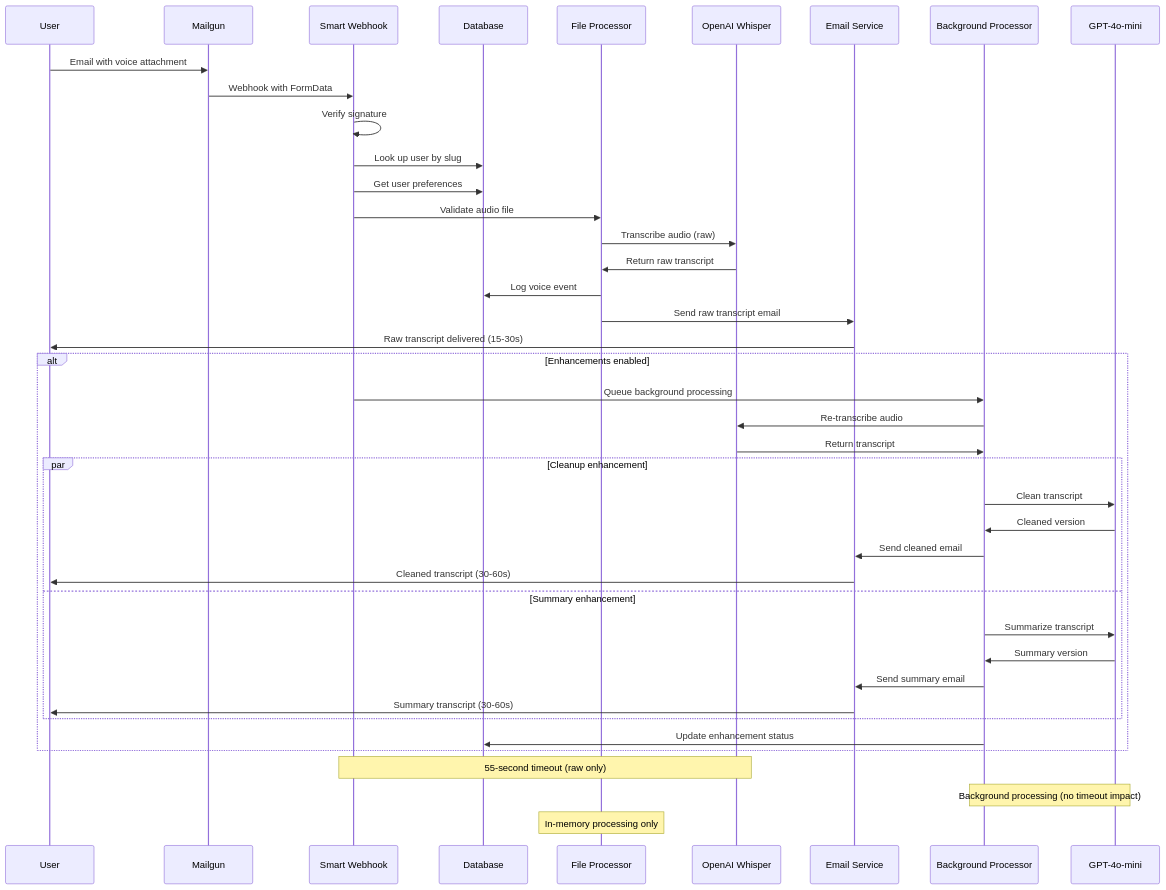
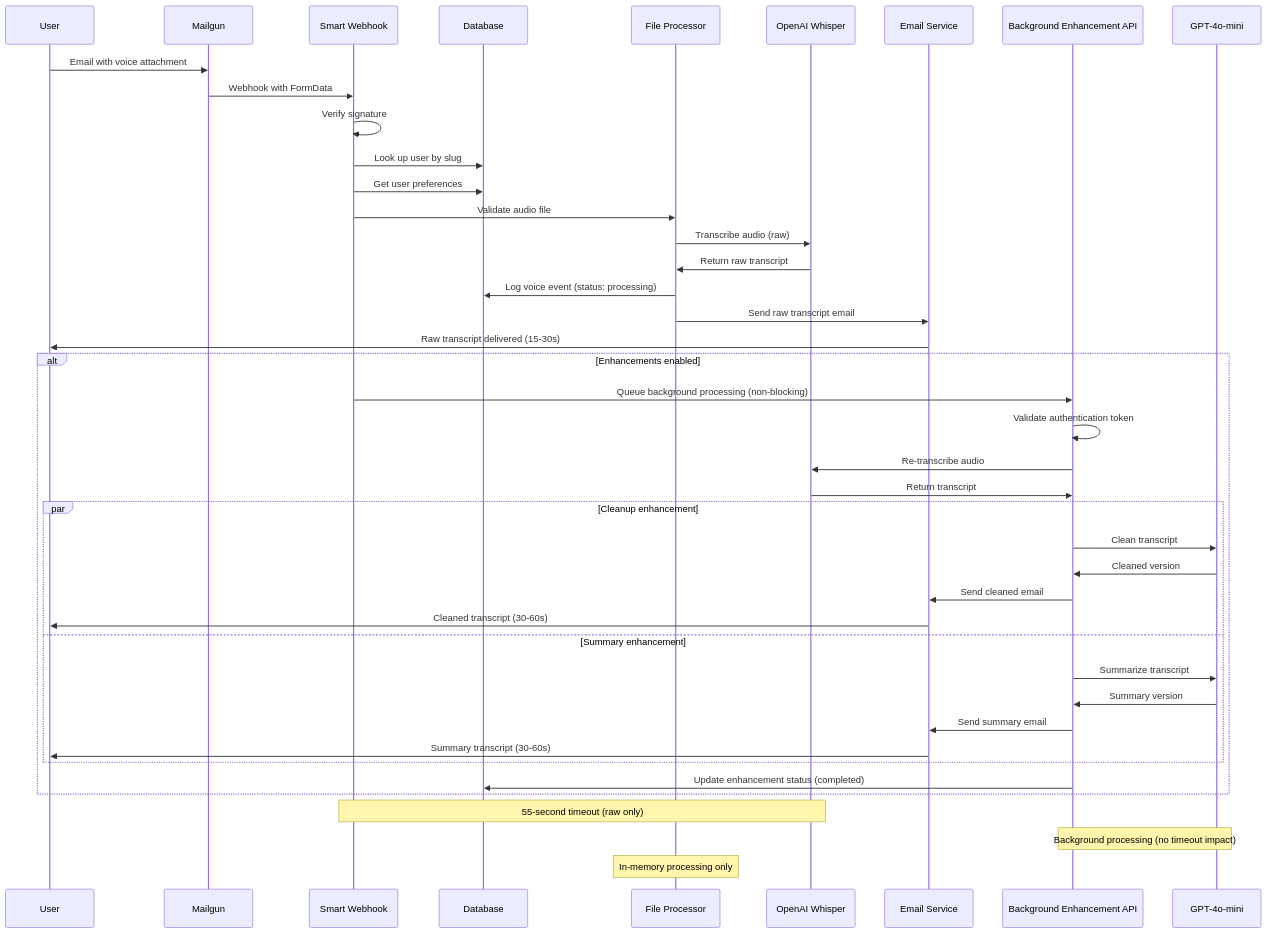
Before and after one commit to jchu96/whatsapp-echo: the third of 3 diagrams in docs/architecture.md, drawn with Mermaid. The commit also changed other lines of this file and 20 other files, not shown here.

First line of the commit message:
Enhance application with Sentry integration and background processing capabilities

````diff
--- a/docs/architecture.md
+++ b/docs/architecture.md
@@ -178,51 +187,52 @@
 ```mermaid
 sequenceDiagram
     participant U as User
     participant M as Mailgun
     participant W as Smart Webhook
     participant D as Database  
     participant F as File Processor
     participant AI as OpenAI Whisper
     participant E as Email Service
-    participant BG as Background Processor
+    participant BG as Background Enhancement API
     participant GPT as GPT-4o-mini
     
     U->>M: Email with voice attachment
     M->>W: Webhook with FormData
     W->>W: Verify signature
     W->>D: Look up user by slug
     W->>D: Get user preferences
     
     %% Always process raw transcript first
     W->>F: Validate audio file
     F->>AI: Transcribe audio (raw)
     AI->>F: Return raw transcript
-    F->>D: Log voice event
+    F->>D: Log voice event (status: processing)
     F->>E: Send raw transcript email
     E->>U: Raw transcript delivered (15-30s)
     
     %% Optional enhancements in background
     alt Enhancements enabled
-        W->>BG: Queue background processing
+        W->>BG: Queue background processing (non-blocking)
+        BG->>BG: Validate authentication token
         BG->>AI: Re-transcribe audio
         AI->>BG: Return transcript
         
         par Cleanup enhancement
             BG->>GPT: Clean transcript
             GPT->>BG: Cleaned version
             BG->>E: Send cleaned email
             E->>U: Cleaned transcript (30-60s)
         and Summary enhancement
             BG->>GPT: Summarize transcript
             GPT->>BG: Summary version
             BG->>E: Send summary email
             E->>U: Summary transcript (30-60s)
         end
         
-        BG->>D: Update enhancement status
+        BG->>D: Update enhancement status (completed)
     end
     
     note over W,AI: 55-second timeout (raw only)
     note over BG,GPT: Background processing (no timeout impact)
     note over F: In-memory processing only
 ```
````
